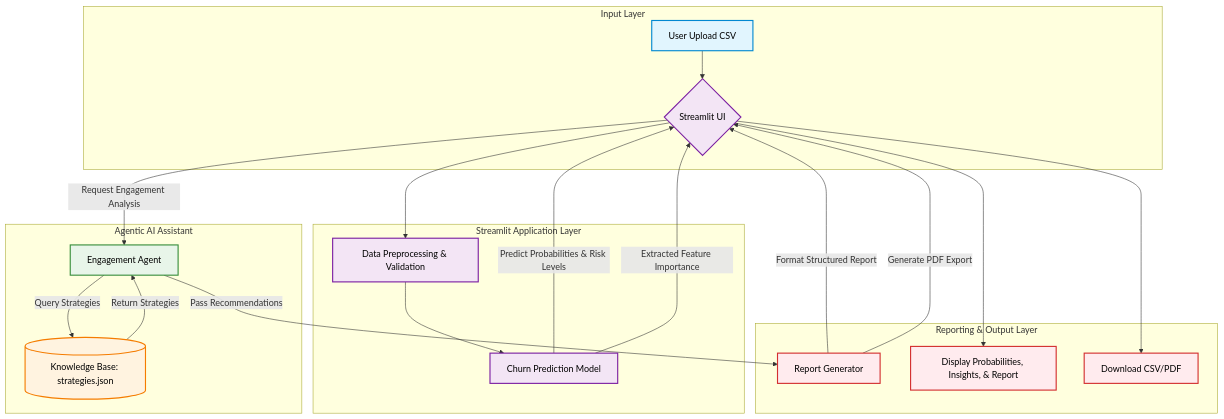
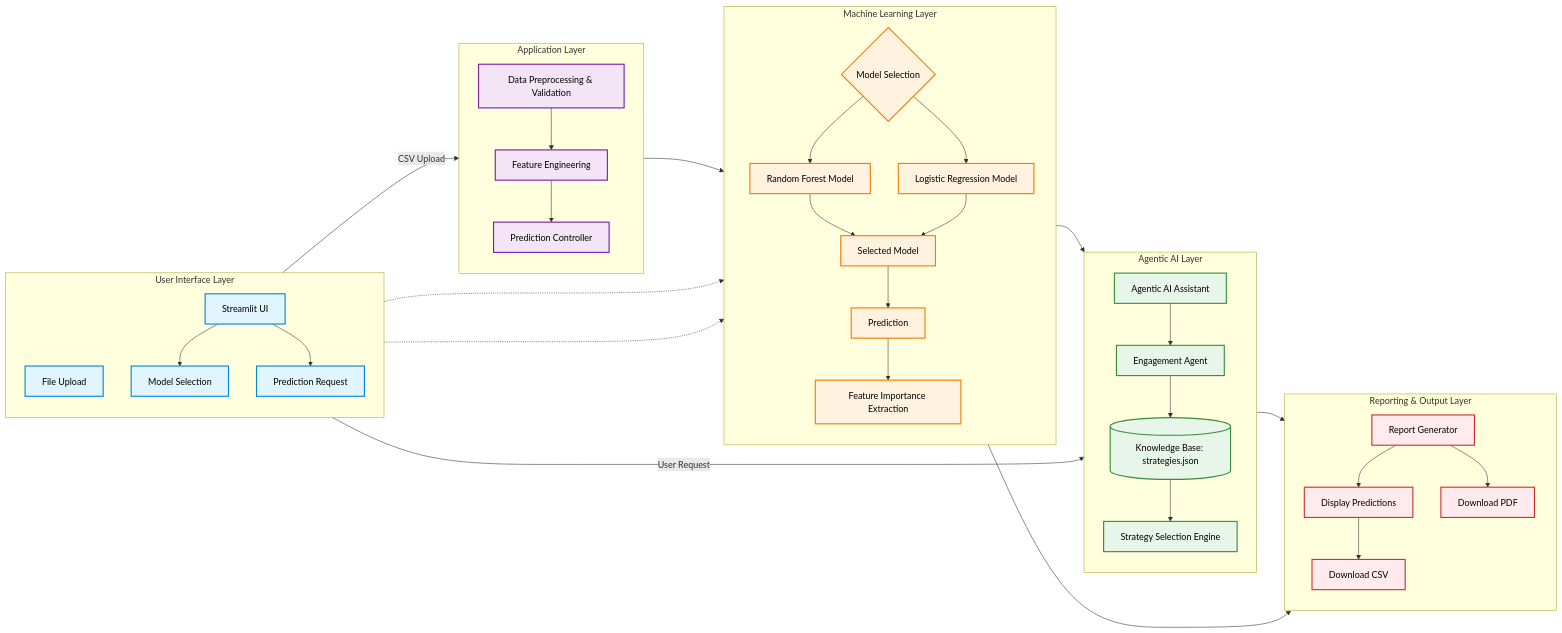
One commit to alpha2420/game-churn-prediction-ai changed the diagram in architecture.md. Above: the diagram before and after it, drawn with Mermaid. The commit also changed other lines of this file, not shown here.

Commit message:
docs: Update architecture diagram per milestone requirements

````diff
--- a/architecture.md
+++ b/architecture.md
@@ -7,49 +7,103 @@
 ```mermaid
-graph TD
-    %% Input Layer
-    subgraph Input_Layer [Input Layer]
-        A[User Upload CSV] --> B{Streamlit UI}
+flowchart LR
+
+    %% --------------------------------------------------
+    %% LAYER DEFINITIONS
+    %% --------------------------------------------------
+
+    subgraph User_Interface [User Interface Layer]
+        direction TB
+        UI1[File Upload]
+        UI2[Streamlit UI]
+        UI3[Model Selection]
+        UI4[Prediction Request]
     end
 
-    %% Core Application Layer
-    subgraph App_Layer [Streamlit Application Layer]
-        B --> C[Data Preprocessing & Validation]
-        C --> D[Churn Prediction Model]
-        
-        %% Model predicting and returning to UI
-        D --> |Predict Probabilities & Risk Levels| B
-        D --> |Extracted Feature Importance| B
+    subgraph Application_Layer [Application Layer]
+        direction TB
+        APP1[Data Preprocessing & Validation]
+        APP2[Feature Engineering]
+        APP3[Prediction Controller]
     end
 
-    %% AI Agent Layer
-    subgraph Agent_Layer [Agentic AI Assistant]
-        B --> |Request Engagement Analysis| E[Engagement Agent]
-        E --> |Query Strategies| F[(Knowledge Base: strategies.json)]
-        F --> |Return Strategies| E
+    subgraph Machine_Learning_Layer [Machine Learning Layer]
+        direction TB
+        ML1{Model Selection}
+        ML2[Random Forest Model]
+        ML3[Logistic Regression Model]
+        ML4[Selected Model]
+        ML5[Prediction]
+        ML6[Feature Importance Extraction]
     end
 
-    %% Output & Reporting Layer
-    subgraph Output_Layer [Reporting & Output Layer]
-        E --> |Pass Recommendations| G[Report Generator]
-        G --> |Format Structured Report| B
-        G --> |Generate PDF Export| B
-        
-        %% Results
-        B --> H[Display Probabilities, Insights, & Report]
-        B --> I[Download CSV/PDF]
+    subgraph Agentic_AI_Layer [Agentic AI Layer]
+        direction TB
+        AI1[Agentic AI Assistant]
+        AI2[Engagement Agent]
+        AI3[(Knowledge Base: strategies.json)]
+        AI4[Strategy Selection Engine]
     end
+
+    subgraph Reporting_Layer [Reporting & Output Layer]
+        direction TB
+        OUT1[Report Generator]
+        OUT2[Display Predictions]
+        OUT3[Download CSV]
+        OUT4[Download PDF]
+    end
+
+    %% --------------------------------------------------
+    %% DATA FLOW
+    %% --------------------------------------------------
+
+    %% User Interaction & Processing Flow
+    UI1 -- CSV Upload --> APP1
+    UI2 --> UI3
+    UI2 --> UI4
     
-    %% Styling Classes
-    classDef default fill:#ffffff,stroke:#333,stroke-width:1px,color:#333;
-    classDef input fill:#e1f5fe,stroke:#0288d1,stroke-width:2px,color:#000;
+    APP1 --> APP2
+    APP2 --> APP3
+    APP3 --> ML1
+
+    %% Model Selection
+    UI3 -.-> ML1
+    ML1 --> ML2
+    ML1 --> ML3
+    ML2 --> ML4
+    ML3 --> ML4
+
+    %% Prediction Logic
+    UI4 -.-> ML4
+    ML4 --> ML5
+    ML5 --> ML6
+    
+    %% AI Recommendations Workflow
+    ML6 --> AI1
+    UI2 -- User Request --> AI2
+    AI1 --> AI2
+    AI2 --> AI3
+    AI3 --> AI4
+    AI4 --> OUT1
+
+    %% Reporting & Output Generation
+    ML5 --> OUT2
+    OUT1 --> OUT2
+    OUT2 --> OUT3
+    OUT1 --> OUT4
+
+    %% --------------------------------------------------
+    %% STYLING
+    %% --------------------------------------------------
+    classDef ui fill:#e1f5fe,stroke:#0288d1,stroke-width:2px,color:#000;
     classDef app fill:#f3e5f5,stroke:#7b1fa2,stroke-width:2px,color:#000;
+    classDef ml fill:#fff3e0,stroke:#f57c00,stroke-width:2px,color:#000;
     classDef agent fill:#e8f5e9,stroke:#388e3c,stroke-width:2px,color:#000;
-    classDef know fill:#fff3e0,stroke:#f57c00,stroke-width:2px,color:#000;
-    classDef output fill:#ffebee,stroke:#d32f2f,stroke-width:2px,color:#000;
+    classDef report fill:#ffebee,stroke:#d32f2f,stroke-width:2px,color:#000;
 
-    class A input;
-    class B,C,D app;
-    class E agent;
-    class F know;
-    class G,H,I output;
+    class UI1,UI2,UI3,UI4 ui;
+    class APP1,APP2,APP3 app;
+    class ML1,ML2,ML3,ML4,ML5,ML6 ml;
+    class AI1,AI2,AI3,AI4 agent;
+    class OUT1,OUT2,OUT3,OUT4 report;
+
 ```
````
